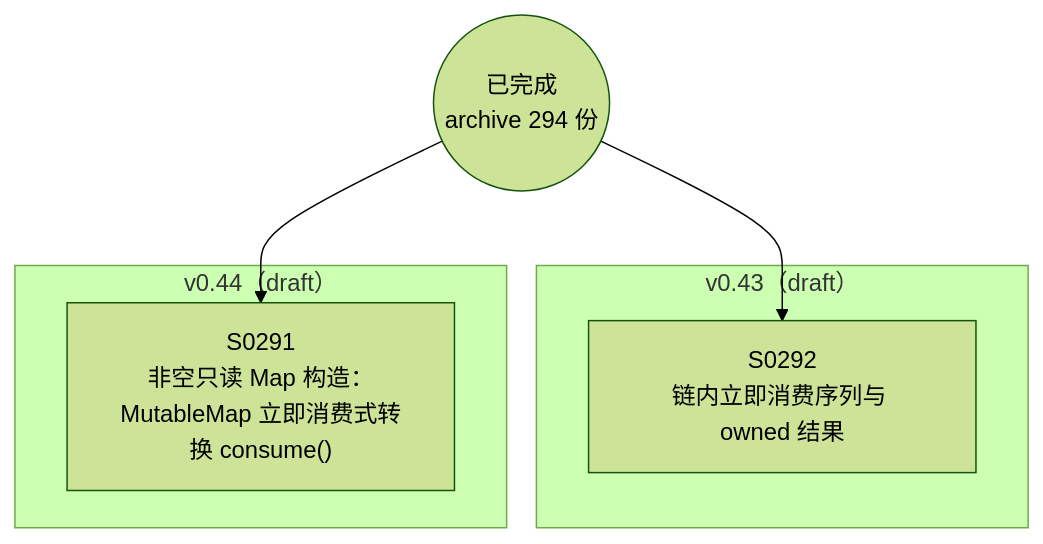
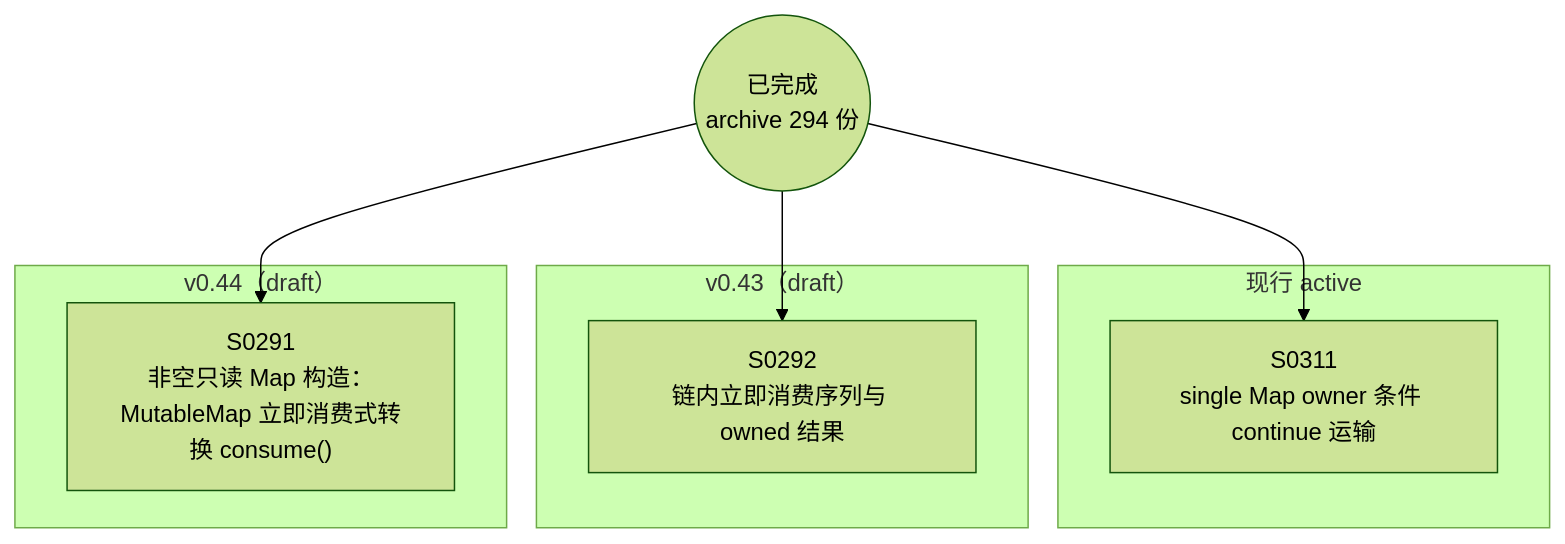
The diagram in docs/specs/dependency-graph.md (Halckon/Koven), drawn with Mermaid (forest theme) before and after one commit. The commit also changed other lines of this file and 7 other files, not shown here.

Commit message:
docs(spec): freeze bounded Map conditional continue contract

````diff
--- a/docs/specs/dependency-graph.md
+++ b/docs/specs/dependency-graph.md
@@ -9,12 +9,16 @@
 ```mermaid
 flowchart TD
 ARCH(("已完成<br/>archive 294 份"))
+subgraph Gactive["现行 active"]
+  S0311["S0311<br/>single Map owner 条件 continue 运输"]
+end
 subgraph Gdrafts_v043["v0.43（draft）"]
   S0292["S0292<br/>链内立即消费序列与 owned 结果"]
 end
 subgraph Gdrafts_v044["v0.44（draft）"]
   S0291["S0291<br/>非空只读 Map 构造：MutableMap 立即消费式转换 consume()"]
 end
 ARCH --> S0291
 ARCH --> S0292
+ARCH --> S0311
 ```
````
